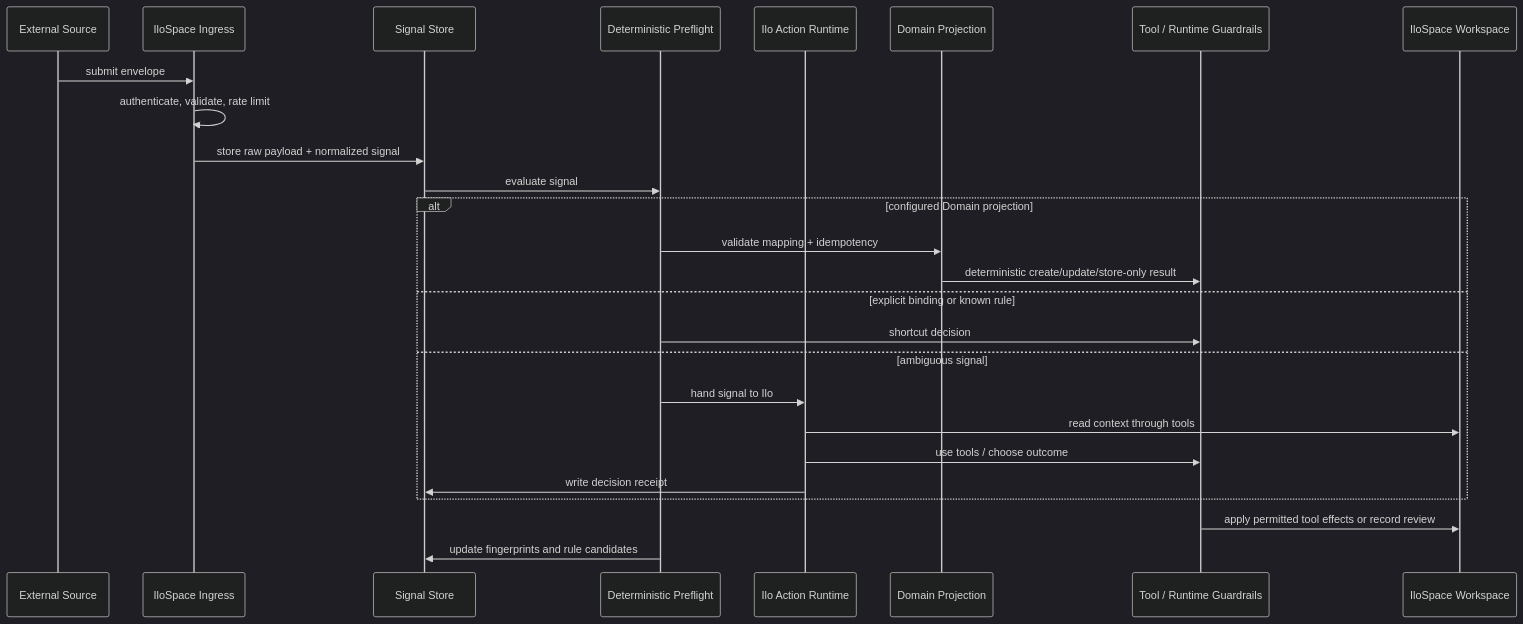
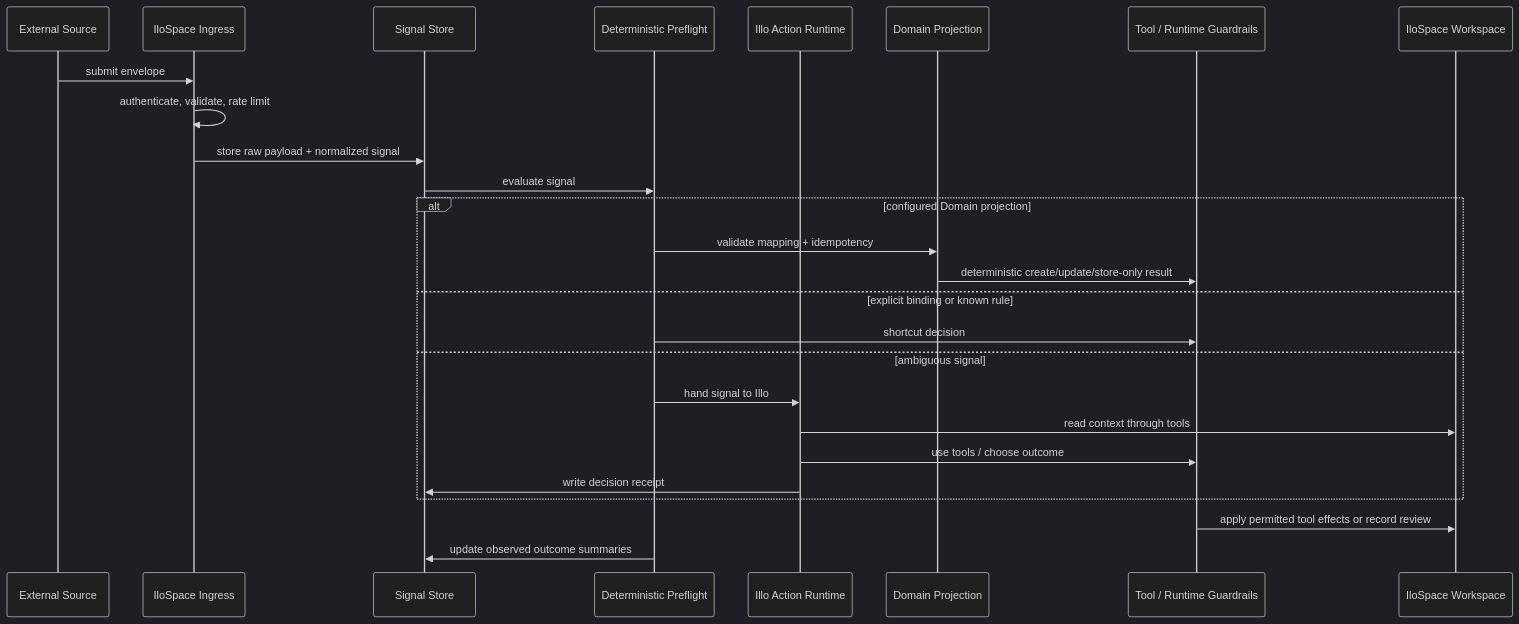
The third of 7 diagrams in docs/prd-inbound-coordination-layer.md (Illospace/illospace), drawn with Mermaid (dark theme) before and after one commit. The commit also changed other lines of this file and 2 other files, not shown here.

````diff
--- a/docs/prd-inbound-coordination-layer.md
+++ b/docs/prd-inbound-coordination-layer.md
@@ -540,31 +572,31 @@
 ```mermaid
 sequenceDiagram
     participant Source as External Source
     participant Ingress as IloSpace Ingress
     participant Store as Signal Store
     participant Policy as Deterministic Preflight
-    participant Ilo as Ilo Action Runtime
+    participant Illo as Illo Action Runtime
     participant Projection as Domain Projection
     participant Guard as Tool / Runtime Guardrails
     participant Workspace as IloSpace Workspace
 
     Source->>Ingress: submit envelope
     Ingress->>Ingress: authenticate, validate, rate limit
     Ingress->>Store: store raw payload + normalized signal
     Store->>Policy: evaluate signal
 
     alt configured Domain projection
         Policy->>Projection: validate mapping + idempotency
         Projection->>Guard: deterministic create/update/store-only result
     else explicit binding or known rule
         Policy->>Guard: shortcut decision
     else ambiguous signal
-        Policy->>Ilo: hand signal to Ilo
-        Ilo->>Workspace: read context through tools
-        Ilo->>Guard: use tools / choose outcome
-        Ilo->>Store: write decision receipt
+        Policy->>Illo: hand signal to Illo
+        Illo->>Workspace: read context through tools
+        Illo->>Guard: use tools / choose outcome
+        Illo->>Store: write decision receipt
     end
 
     Guard->>Workspace: apply permitted tool effects or record review
-    Policy->>Store: update fingerprints and rule candidates
+    Policy->>Store: update observed outcome summaries
 ```
````
